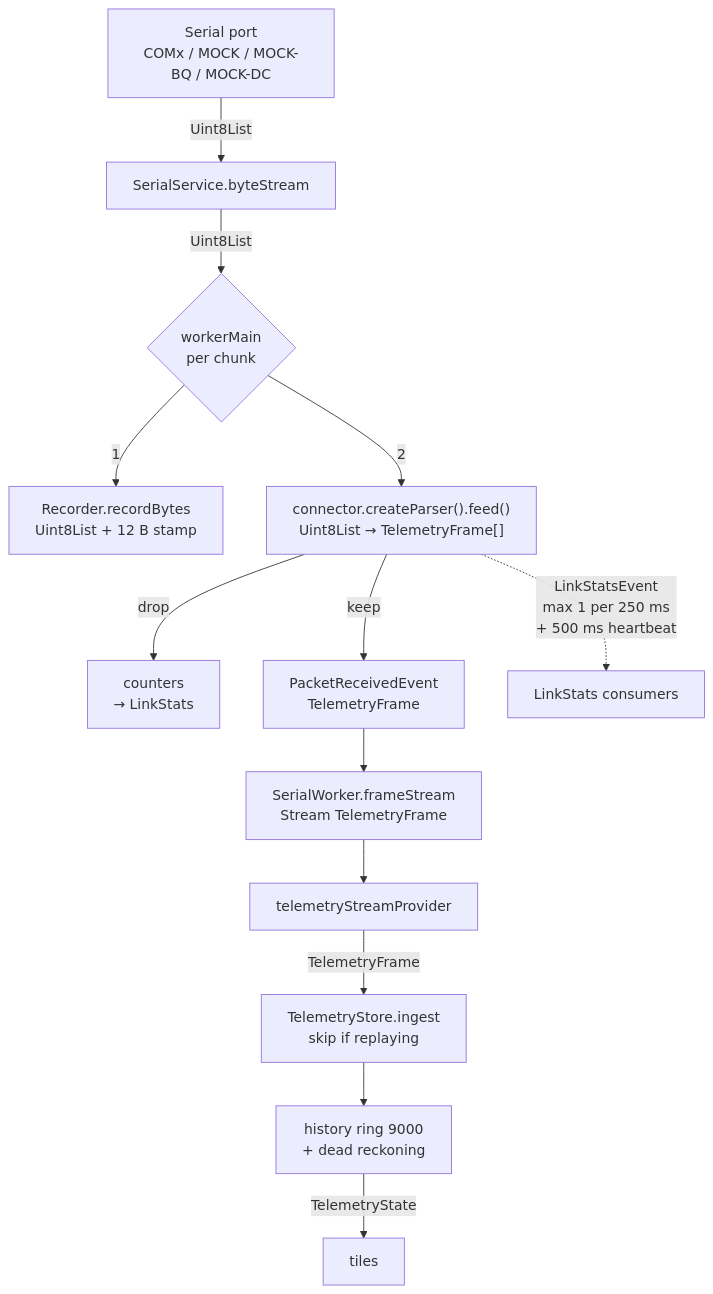
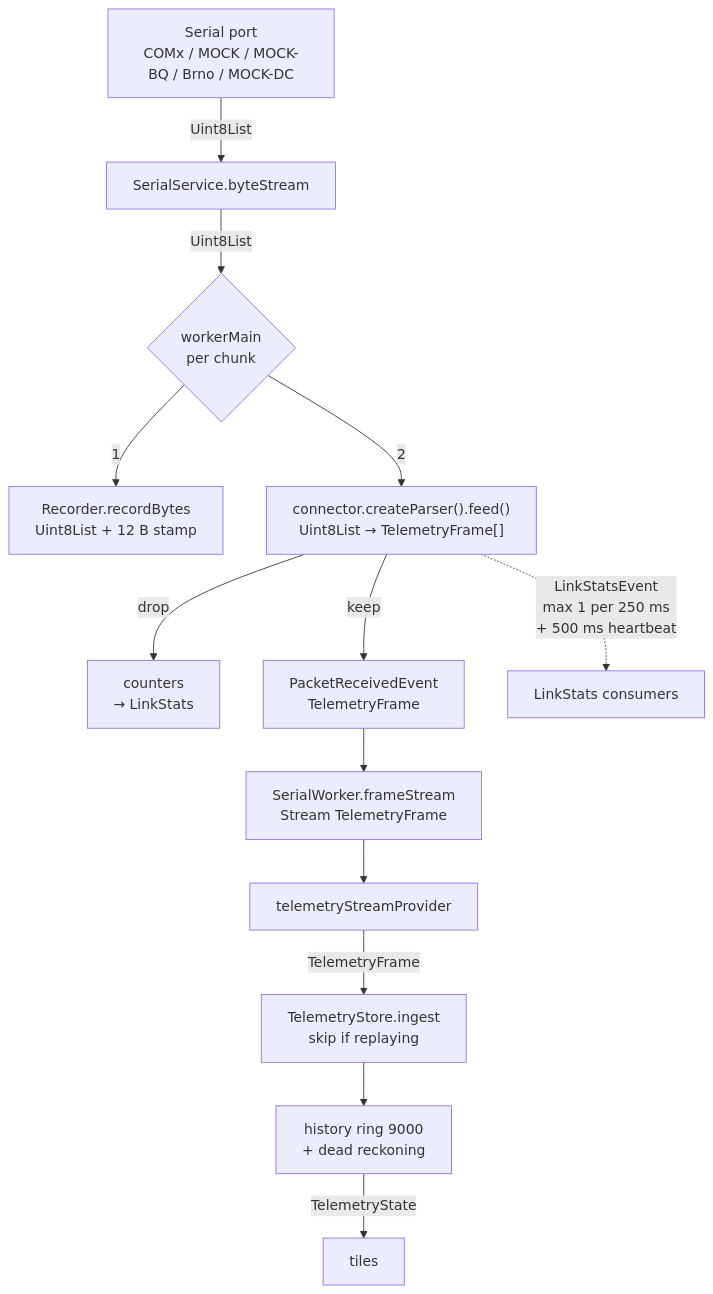
Before and after one commit to FIT-ARC/TryCatch: the second of 7 diagrams in docs/data-flow.md, drawn with Mermaid. The commit also changed other lines of this file and 14 other files, not shown here.

Commit message:
Add brno mock port

````diff
--- a/docs/data-flow.md
+++ b/docs/data-flow.md
@@ -44,15 +46,15 @@
 ```mermaid
 flowchart TD
-    A["Serial port\nCOMx / MOCK / MOCK-BQ / MOCK-DC"] -- "Uint8List" --> B[SerialService.byteStream]
+    A["Serial port\nCOMx / MOCK / MOCK-BQ / Brno / MOCK-DC"] -- "Uint8List" --> B[SerialService.byteStream]
     B -- "Uint8List" --> C{workerMain\nper chunk}
     C -->|1| D["Recorder.recordBytes\nUint8List + 12 B stamp"]
     C -->|2| E["connector.createParser().feed()\nUint8List → TelemetryFrame[]"]
     E -->|drop| F["counters\n→ LinkStats"]
     E -->|keep| G["PacketReceivedEvent\nTelemetryFrame"]
     G --> H["SerialWorker.frameStream\nStream TelemetryFrame"]
     H --> I["telemetryStreamProvider"]
     I -- "TelemetryFrame" --> J["TelemetryStore.ingest\nskip if replaying"]
     J --> K["history ring 9000\n+ dead reckoning"]
     K -- TelemetryState --> L[tiles]
     E -.->|"LinkStatsEvent\nmax 1 per 250 ms\n+ 500 ms heartbeat"| M[LinkStats consumers]
 ```
````
